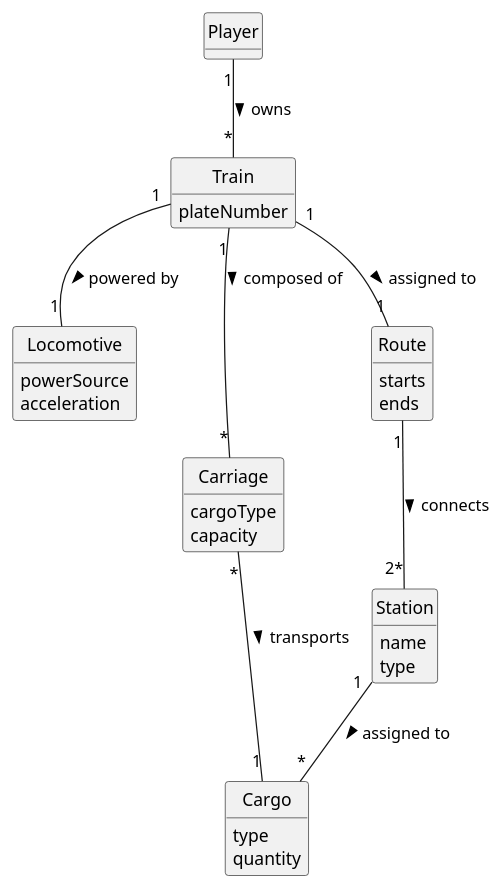
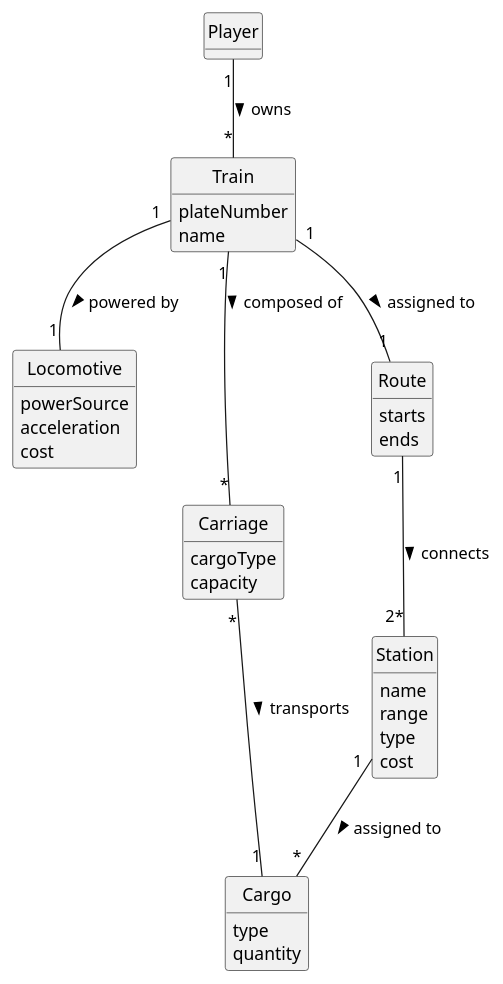
Before and after one commit to 1240826/empire-on-tracks: the diagram in docs/system-documentation/US010/02.analysis/puml/US010-DM.puml, drawn with PlantUML. The commit also changed 4 other files, not shown here.

```diff
--- a/docs/system-documentation/US010/02.analysis/puml/US010-DM.puml
+++ b/docs/system-documentation/US010/02.analysis/puml/US010-DM.puml
@@ -1,53 +1,57 @@
 @startuml
 skinparam monochrome true
 skinparam packageStyle rectangle
 skinparam shadowing false
 
 skinparam classAttributeIconSize 0
 
 hide circle
 hide methods
 
 'title Domain Model for US010 - Assign a Train to a Route
 
 class Player {
 }
 
 class Train {
     plateNumber
+    name
 }
 
 class Locomotive {
     powerSource
     acceleration
+    cost
 }
 
 class Carriage {
     cargoType
     capacity
 }
 
 class Route {
     starts
     ends
 }
 
 class Station {
     name
+    range
     type
+    cost
 }
 
 class Cargo {
     type
     quantity
 }
 
 Player "1" -- "*" Train : owns >
 Train "1" -- "1" Route : assigned to >
 Train "1" -- "1" Locomotive : powered by >
 Train "1" -- "*" Carriage : composed of >
 Route "1" -- "2*" Station : connects >
 Station "1" -- "*" Cargo : assigned to >
 Carriage "*" -- "1" Cargo : transports >
 
 @enduml
```
